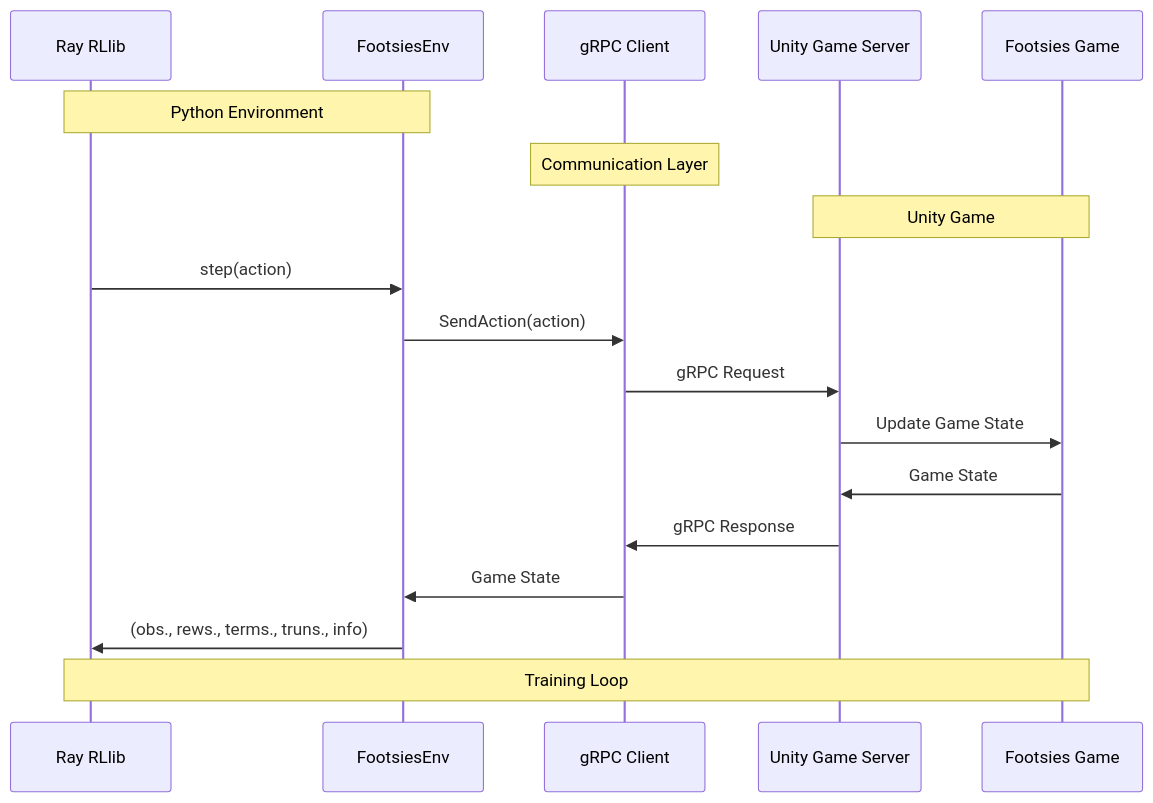
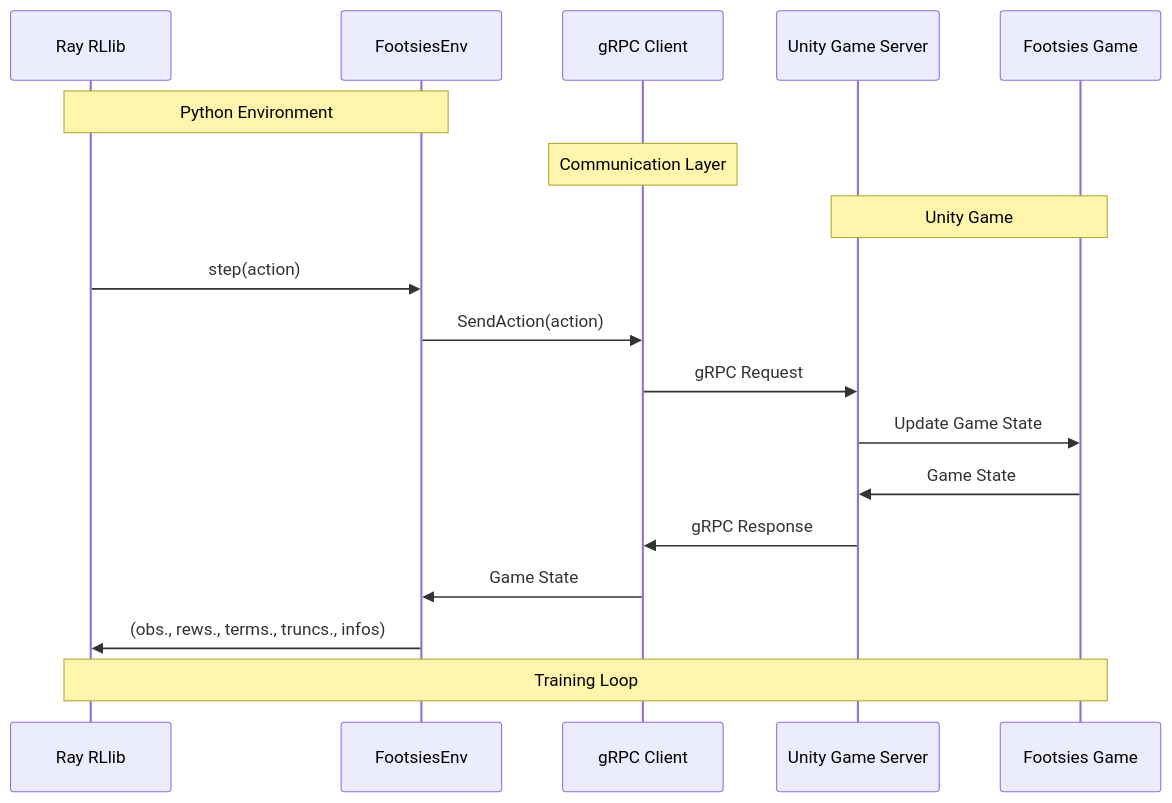
Before and after one commit to chasemcd/FootsiesGym: the diagram in README.md, drawn with Mermaid.

Commit message:
fix typo in readme

````diff
--- a/README.md
+++ b/README.md
@@ -10,24 +10,24 @@
 ```mermaid
 sequenceDiagram
     participant RLlib as Ray RLlib
     participant Env as FootsiesEnv
     participant gRPC as gRPC Client
     participant Server as Unity Game Server
     participant Game as Footsies Game
 
     Note over RLlib,Env: Python Environment
     Note over gRPC: Communication Layer
     Note over Server,Game: Unity Game
 
     RLlib->>Env: step(action)
     Env->>gRPC: SendAction(action)
     gRPC->>Server: gRPC Request
     Server->>Game: Update Game State
     Game->>Server: Game State
     Server->>gRPC: gRPC Response
     gRPC->>Env: Game State
-    Env->>RLlib: (obs., rews., terms., truns., info)
+    Env->>RLlib: (obs., rews., terms., truncs., infos)
 
     Note over RLlib,Game: Training Loop
 
 ```
````
